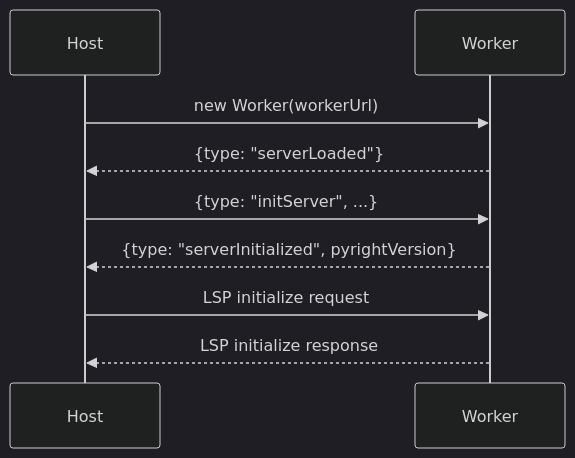
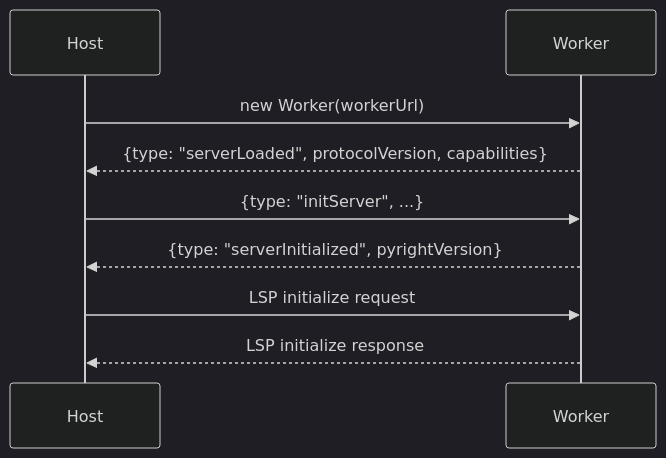
The diagram in docs/api/pyright-worker.md (Josverl/stubs_playground), drawn with Mermaid (dark theme) before and after one commit. The commit also changed other lines of this file and 11 other files, not shown here.

First line of the commit message:
feat: negotiate worker control protocol

````diff
--- a/docs/api/pyright-worker.md
+++ b/docs/api/pyright-worker.md
@@ -28,11 +28,11 @@
 ```{mermaid}
 sequenceDiagram
     participant Host
     participant Worker
     Host->>Worker: new Worker(workerUrl)
-    Worker-->>Host: {type: "serverLoaded"}
+    Worker-->>Host: {type: "serverLoaded", protocolVersion, capabilities}
     Host->>Worker: {type: "initServer", ...}
     Worker-->>Host: {type: "serverInitialized", pyrightVersion}
     Host->>Worker: LSP initialize request
     Worker-->>Host: LSP initialize response
 ```
````
